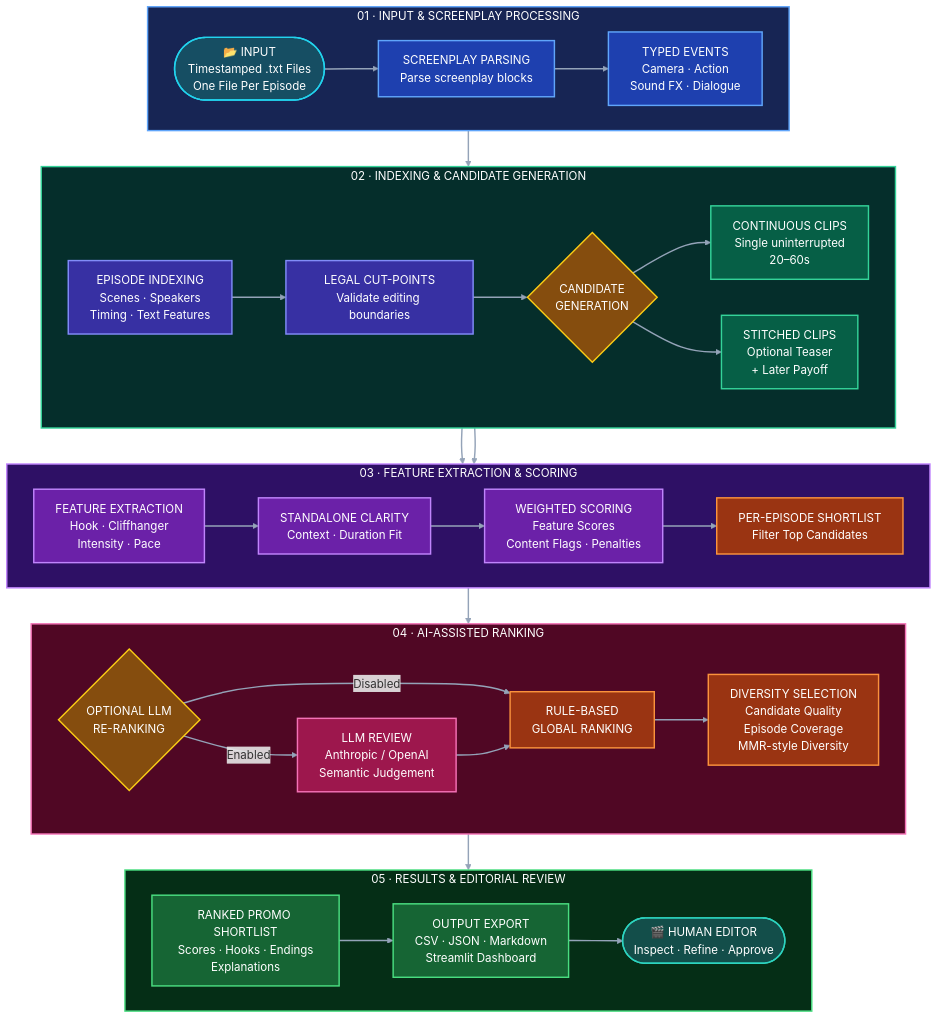
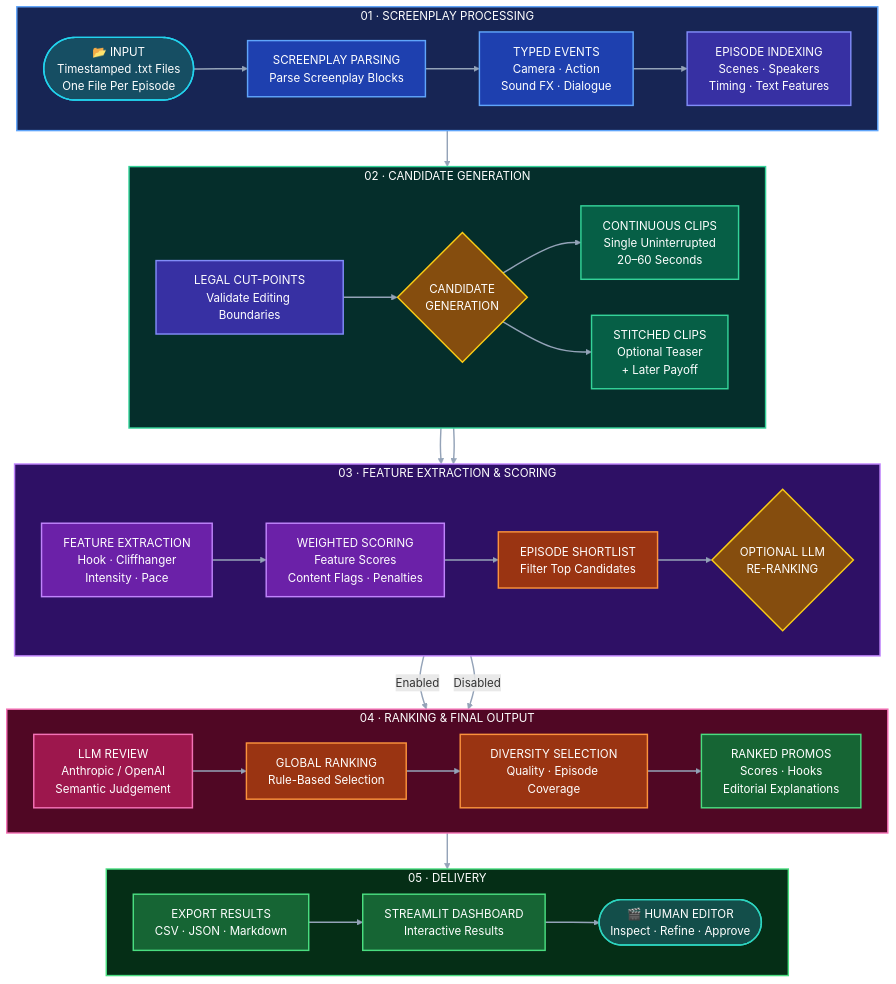
The diagram in README.md (nischay1905/Kuku_Promo_Extractor), drawn with Mermaid before and after one commit.

Commit message:
Refine workflow diagram and terminology in README
Updated the workflow diagram in the README to improve clarity and consistency in terminology.

````diff
--- a/README.md
+++ b/README.md
@@ -62,59 +60,62 @@
 ```mermaid
 flowchart TB
 
-    subgraph S1["01 · INPUT & SCREENPLAY PROCESSING"]
+    subgraph ROW1["01 · SCREENPLAY PROCESSING"]
         direction LR
         A(["📂 INPUT<br/>Timestamped .txt Files<br/>One File Per Episode"])
-        B["SCREENPLAY PARSING<br/>Parse screenplay blocks"]
+        B["SCREENPLAY PARSING<br/>Parse Screenplay Blocks"]
         C["TYPED EVENTS<br/>Camera · Action<br/>Sound FX · Dialogue"]
-        A --> B --> C
+        D["EPISODE INDEXING<br/>Scenes · Speakers<br/>Timing · Text Features"]
+
+        A --> B --> C --> D
     end
 
-    subgraph S2["02 · INDEXING & CANDIDATE GENERATION"]
+    subgraph ROW2["02 · CANDIDATE GENERATION"]
         direction LR
-        D["EPISODE INDEXING<br/>Scenes · Speakers<br/>Timing · Text Features"]
-        E["LEGAL CUT-POINTS<br/>Validate editing boundaries"]
+        E["LEGAL CUT-POINTS<br/>Validate Editing Boundaries"]
         F{"CANDIDATE<br/>GENERATION"}
-        G["CONTINUOUS CLIPS<br/>Single uninterrupted<br/>20–60s"]
+        G["CONTINUOUS CLIPS<br/>Single Uninterrupted<br/>20–60 Seconds"]
         H["STITCHED CLIPS<br/>Optional Teaser<br/>+ Later Payoff"]
-        D --> E --> F
+
+        E --> F
         F --> G
         F --> H
     end
 
-    subgraph S3["03 · FEATURE EXTRACTION & SCORING"]
+    subgraph ROW3["03 · FEATURE EXTRACTION & SCORING"]
         direction LR
         I["FEATURE EXTRACTION<br/>Hook · Cliffhanger<br/>Intensity · Pace"]
-        J["STANDALONE CLARITY<br/>Context · Duration Fit"]
-        K["WEIGHTED SCORING<br/>Feature Scores<br/>Content Flags · Penalties"]
-        L["PER-EPISODE SHORTLIST<br/>Filter Top Candidates"]
+        J["WEIGHTED SCORING<br/>Feature Scores<br/>Content Flags · Penalties"]
+        K["EPISODE SHORTLIST<br/>Filter Top Candidates"]
+        L{"OPTIONAL LLM<br/>RE-RANKING"}
+
         I --> J --> K --> L
     end
 
-    subgraph S4["04 · AI-ASSISTED RANKING"]
+    subgraph ROW4["04 · RANKING & FINAL OUTPUT"]
         direction LR
-        M{"OPTIONAL LLM<br/>RE-RANKING"}
-        N["LLM REVIEW<br/>Anthropic / OpenAI<br/>Semantic Judgement"]
-        O["RULE-BASED<br/>GLOBAL RANKING"]
-        P["DIVERSITY SELECTION<br/>Candidate Quality<br/>Episode Coverage<br/>MMR-style Diversity"]
-        M -->|Enabled| N
-        M -->|Disabled| O
-        N --> O
-        O --> P
+        M["LLM REVIEW<br/>Anthropic / OpenAI<br/>Semantic Judgement"]
+        N["GLOBAL RANKING<br/>Rule-Based Selection"]
+        O["DIVERSITY SELECTION<br/>Quality · Episode Coverage"]
+        P["RANKED PROMOS<br/>Scores · Hooks<br/>Editorial Explanations"]
     end
 
-    subgraph S5["05 · RESULTS & EDITORIAL REVIEW"]
+    subgraph ROW5["05 · DELIVERY"]
         direction LR
-        Q["RANKED PROMO SHORTLIST<br/>Scores · Hooks · Endings<br/>Explanations"]
-        R["OUTPUT EXPORT<br/>CSV · JSON · Markdown<br/>Streamlit Dashboard"]
-        T(["🎬 HUMAN EDITOR<br/>Inspect · Refine · Approve"])
-        Q --> R --> T
+        Q["EXPORT RESULTS<br/>CSV · JSON · Markdown"]
+        R["STREAMLIT DASHBOARD<br/>Interactive Results"]
+        S(["🎬 HUMAN EDITOR<br/>Inspect · Refine · Approve"])
+
+        Q --> R --> S
     end
 
-    C --> D
+    D --> E
     G --> I
     H --> I
-    L --> M
+    L -->|Enabled| M
+    L -->|Disabled| N
+    M --> N
+    N --> O --> P
     P --> Q
 
     classDef input fill:#164E63,stroke:#22D3EE,color:#FFFFFF,stroke-width:2px
@@ -131,19 +132,19 @@
     class A input
     class B,C parsing
     class D,E processing
-    class F,M decision
+    class F,L decision
     class G,H candidate
-    class I,J,K scoring
-    class L,O,P ranking
-    class N llm
-    class Q,R output
-    class T human
+    class I,J scoring
+    class K,N,O ranking
+    class M llm
+    class P,Q,R output
+    class S human
 
-    style S1 fill:#172554,stroke:#60A5FA,stroke-width:2px,color:#FFFFFF
-    style S2 fill:#052E2B,stroke:#34D399,stroke-width:2px,color:#FFFFFF
-    style S3 fill:#2E1065,stroke:#C084FC,stroke-width:2px,color:#FFFFFF
-    style S4 fill:#500724,stroke:#F472B6,stroke-width:2px,color:#FFFFFF
-    style S5 fill:#052E16,stroke:#4ADE80,stroke-width:2px,color:#FFFFFF
+    style ROW1 fill:#172554,stroke:#60A5FA,stroke-width:2px,color:#FFFFFF
+    style ROW2 fill:#052E2B,stroke:#34D399,stroke-width:2px,color:#FFFFFF
+    style ROW3 fill:#2E1065,stroke:#C084FC,stroke-width:2px,color:#FFFFFF
+    style ROW4 fill:#500724,stroke:#F472B6,stroke-width:2px,color:#FFFFFF
+    style ROW5 fill:#052E16,stroke:#4ADE80,stroke-width:2px,color:#FFFFFF
 
     linkStyle default stroke:#94A3B8,stroke-width:2px
 ```
````
